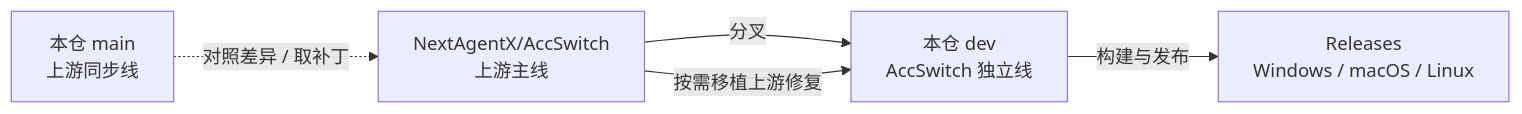
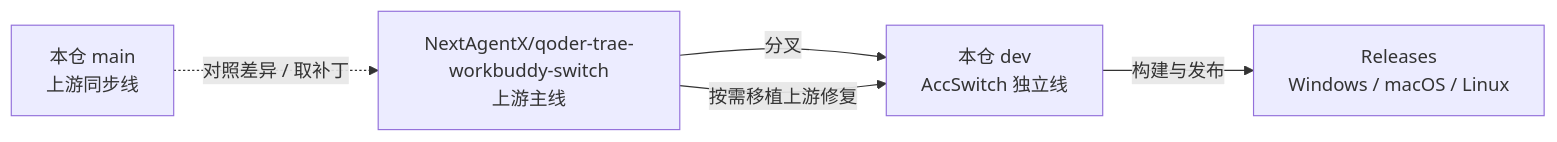
The diagram in README.md (qiuyongjun/AccSwitch), drawn with Mermaid before and after one commit. The commit also changed other lines of this file and 1 other file, not shown here.

First line of the commit message:
docs(upstream): 更正上游仓库为 NextAgentX/qoder-trae-workbuddy-switch

````diff
--- a/README.md
+++ b/README.md
@@ -34,7 +34,7 @@
 ```mermaid
 flowchart LR
-    U["NextAgentX/AccSwitch<br/>上游主线"] -->|分叉| F["本仓 dev<br/>AccSwitch 独立线"]
+    U["NextAgentX/qoder-trae-workbuddy-switch<br/>上游主线"] -->|分叉| F["本仓 dev<br/>AccSwitch 独立线"]
     U -->|按需移植上游修复| F
     F -->|构建与发布| R["Releases<br/>Windows / macOS / Linux"]
     M["本仓 main<br/>上游同步线"] -.->|对照差异 / 取补丁| U
 ```
````
